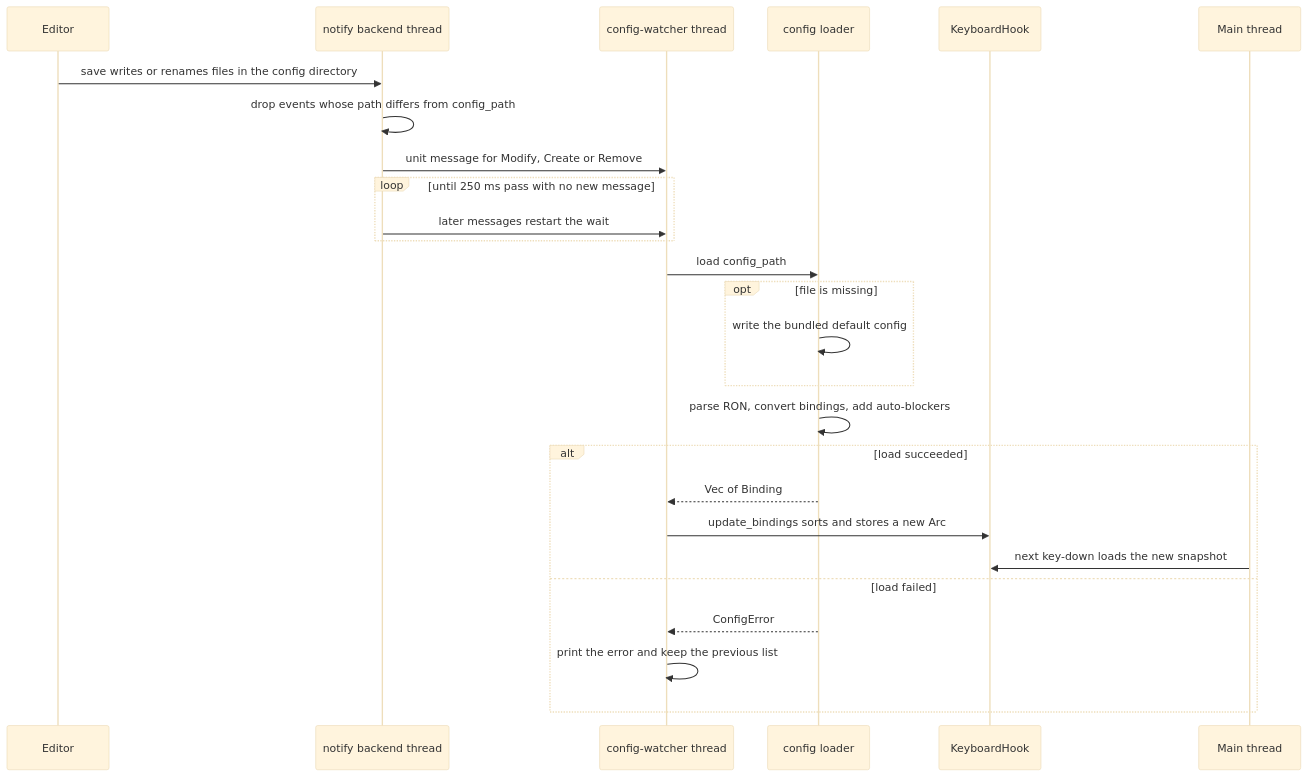
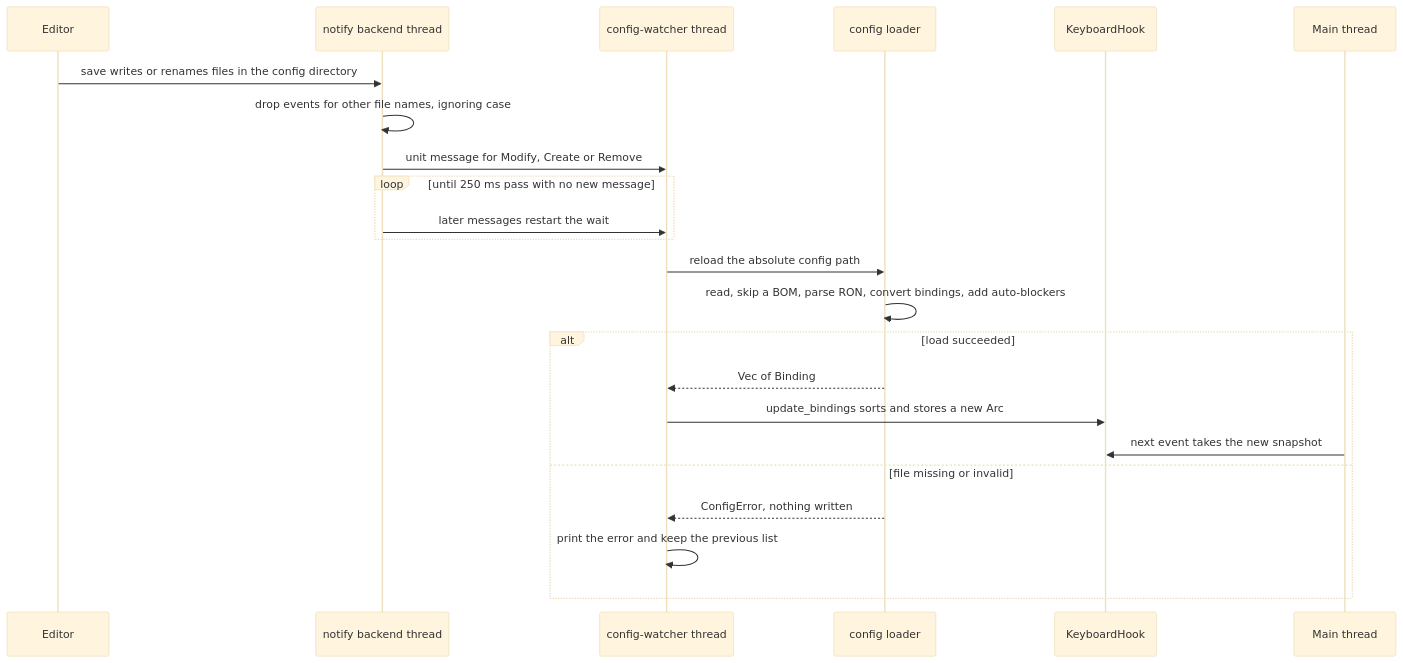
One commit to bluesteelll/key-switch-rs changed the sixth of 7 diagrams in book/src/architecture.md. Above: the diagram before and after it, drawn with Mermaid (base theme). The commit also changed other lines of this file and 19 other files, not shown here.

First line of the commit message:
Book: describe master after roadmap Phase 0 (1dfd80a)

````diff
--- a/book/src/architecture.md
+++ b/book/src/architecture.md
@@ -404,28 +430,25 @@
 ```mermaid
 sequenceDiagram
     participant ED as Editor
     participant NB as notify backend thread
     participant CW as config-watcher thread
     participant LD as config loader
     participant KH as KeyboardHook
     participant MT as Main thread
     ED->>NB: save writes or renames files in the config directory
-    NB->>NB: drop events whose path differs from config_path
+    NB->>NB: drop events for other file names, ignoring case
     NB->>CW: unit message for Modify, Create or Remove
     loop until 250 ms pass with no new message
         NB->>CW: later messages restart the wait
     end
-    CW->>LD: load config_path
-    opt file is missing
-        LD->>LD: write the bundled default config
-    end
-    LD->>LD: parse RON, convert bindings, add auto-blockers
+    CW->>LD: reload the absolute config path
+    LD->>LD: read, skip a BOM, parse RON, convert bindings, add auto-blockers
     alt load succeeded
         LD-->>CW: Vec of Binding
         CW->>KH: update_bindings sorts and stores a new Arc
-        MT->>KH: next key-down loads the new snapshot
-    else load failed
-        LD-->>CW: ConfigError
+        MT->>KH: next event takes the new snapshot
+    else file missing or invalid
+        LD-->>CW: ConfigError, nothing written
         CW->>CW: print the error and keep the previous list
     end
 ```
````
